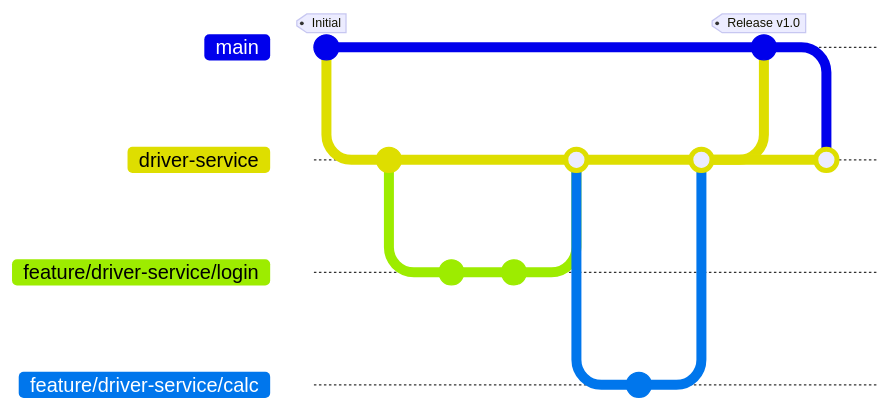
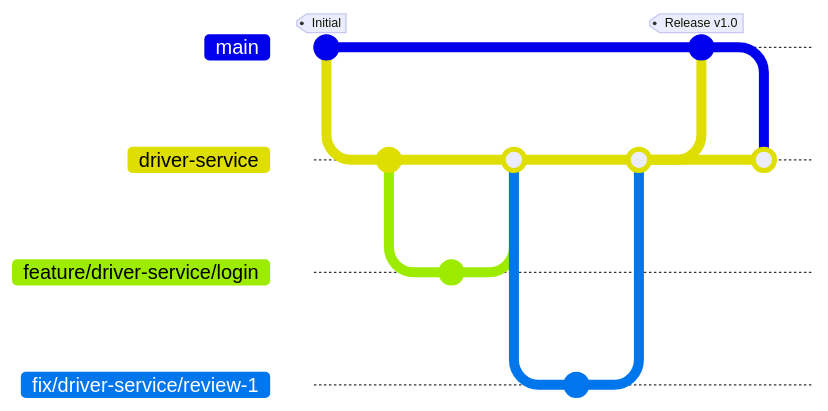
Before and after one commit to UA-4697-DevOps/drive-ops: the diagram in driver-service/CONTRIBUTING.md, drawn with Mermaid. The commit also changed other lines of this file, not shown here. Commit ids are hidden.

Commit message:
Update branch naming conventions and lifecycle diagram

````diff
--- a/driver-service/CONTRIBUTING.md
+++ b/driver-service/CONTRIBUTING.md
@@ -93,32 +87,32 @@
 ```mermaid
 gitGraph
-   commit tag: "Initial"
-   branch driver-service
-   checkout driver-service
-   commit id: "Init Service"
-   
-   %% Feature Development Phase
-   branch feature/driver-service/login
-   checkout feature/driver-service/login
-   commit id: "wip: auth"
-   commit id: "fix: typo"
-   checkout driver-service
-   %% REMOVED "type: SQUASH" below to fix render error
-   merge feature/driver-service/login id: "feat: Login (#101)"
-   
-   %% Another Feature
-   branch feature/driver-service/calc
-   checkout feature/driver-service/calc
-   commit id: "wip: calc"
-   checkout driver-service
-   %% REMOVED "type: SQUASH" below to fix render error
-   merge feature/driver-service/calc id: "feat: Calc (#102)"
-
-   %% Release Phase (Service -> Main)
-   checkout main
-   merge driver-service type: NORMAL tag: "Release v1.0"
-   
-   %% Sync Phase (Main -> Service)
-   checkout driver-service
-   merge main id: "Sync Main"
+    commit tag: "Initial"
+    branch driver-service
+    checkout driver-service
+    commit id: "Init Service"
+    
+    %% Feature Development Phase
+    branch feature/driver-service/login
+    checkout feature/driver-service/login
+    commit id: "wip: auth"
+    checkout driver-service
+    merge feature/driver-service/login id: "feat: Login (#101)"
+    
+    %% Release PR Opened here. Cross-team review requests changes.
+    
+    %% Review & Fix Phase (The new addition)
+    branch fix/driver-service/review-1
+    checkout fix/driver-service/review-1
+    commit id: "fix: api contract"
+    checkout driver-service
+    merge fix/driver-service/review-1 id: "fix: review comments"
+    
+    %% Release Phase (Service -> Main)
+    %% Now merging the service branch (including the fix) to main
+    checkout main
+    merge driver-service type: NORMAL tag: "Release v1.0"
+    
+    %% Sync Phase (Main -> Service)
+    checkout driver-service
+    merge main id: "Sync Main"
 ```
````
